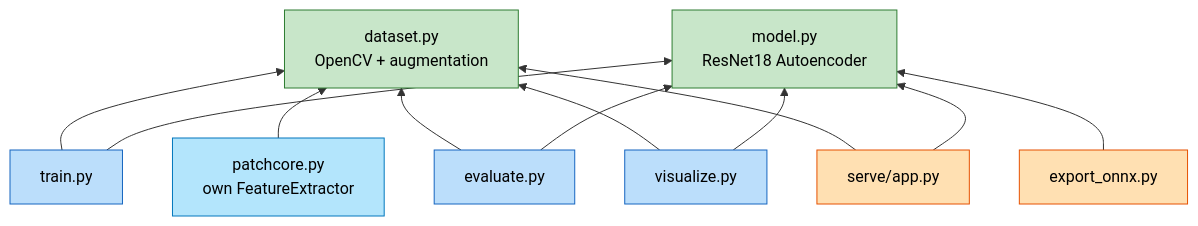
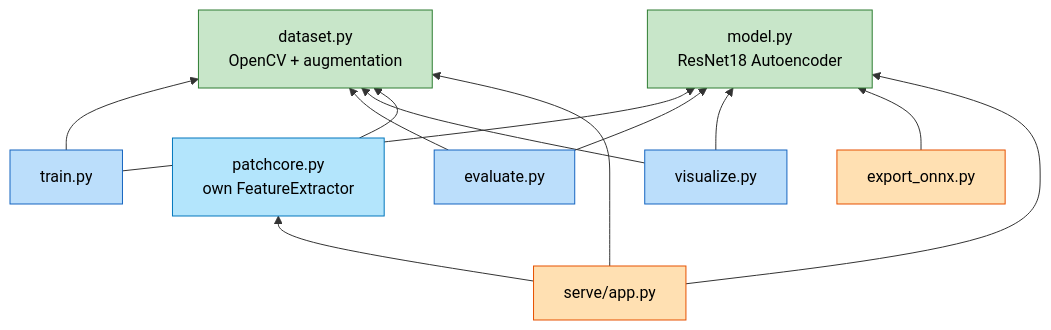
One commit to Klay1014/defect-detection changed the third of 3 diagrams in README.md. Above: the diagram before and after it, drawn with Mermaid. The commit also changed other lines of this file and 1 other file, not shown here.

````diff
--- a/README.md
+++ b/README.md
@@ -142,25 +193,26 @@
 ```mermaid
 graph BT
     DS[dataset.py<br/>OpenCV + augmentation]
     MD[model.py<br/>ResNet18 Autoencoder]
 
     TR[train.py] --> DS
     TR --> MD
     EV[evaluate.py] --> DS
     EV --> MD
     VZ[visualize.py] --> DS
     VZ --> MD
     PC[patchcore.py<br/>own FeatureExtractor] --> DS
     EX[export_onnx.py] --> MD
     AP[serve/app.py] --> DS
     AP --> MD
+    AP --> PC
 
     style DS fill:#c8e6c9,stroke:#2e7d32,color:#000
     style MD fill:#c8e6c9,stroke:#2e7d32,color:#000
     style TR fill:#bbdefb,stroke:#1565c0,color:#000
     style EV fill:#bbdefb,stroke:#1565c0,color:#000
     style VZ fill:#bbdefb,stroke:#1565c0,color:#000
     style PC fill:#b3e5fc,stroke:#0277bd,color:#000
     style EX fill:#ffe0b2,stroke:#e65100,color:#000
     style AP fill:#ffe0b2,stroke:#e65100,color:#000
 ```
````
